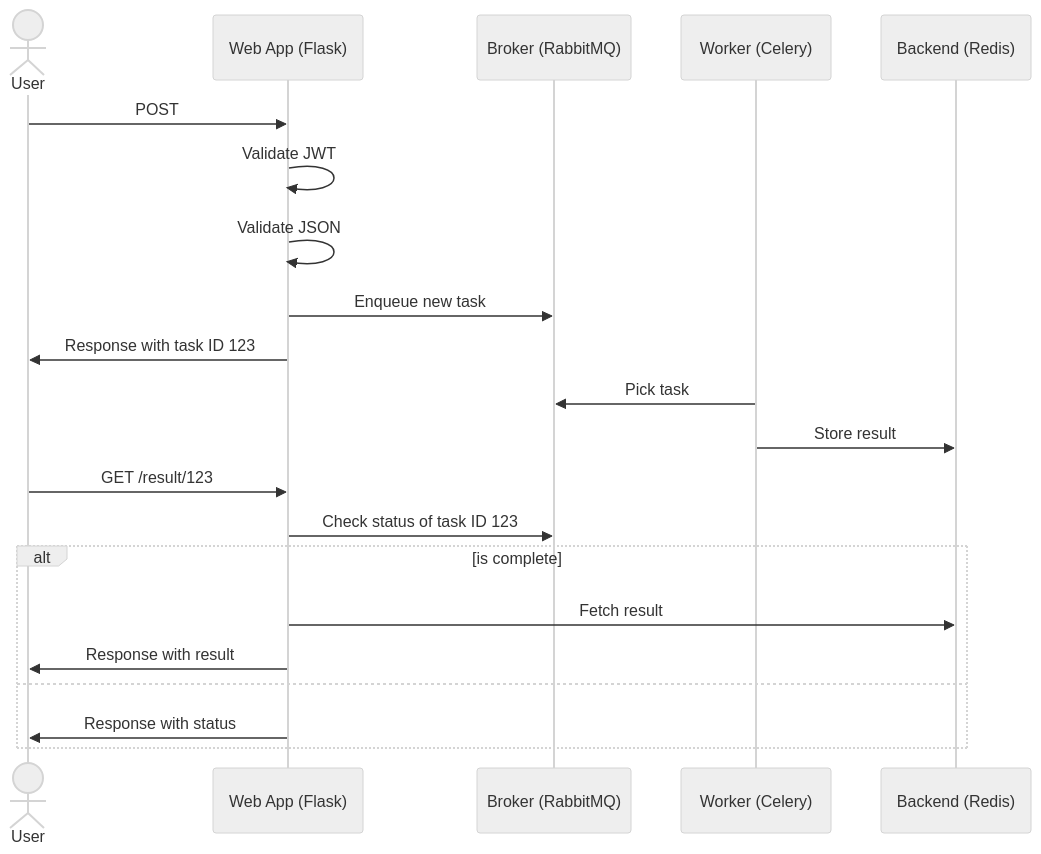
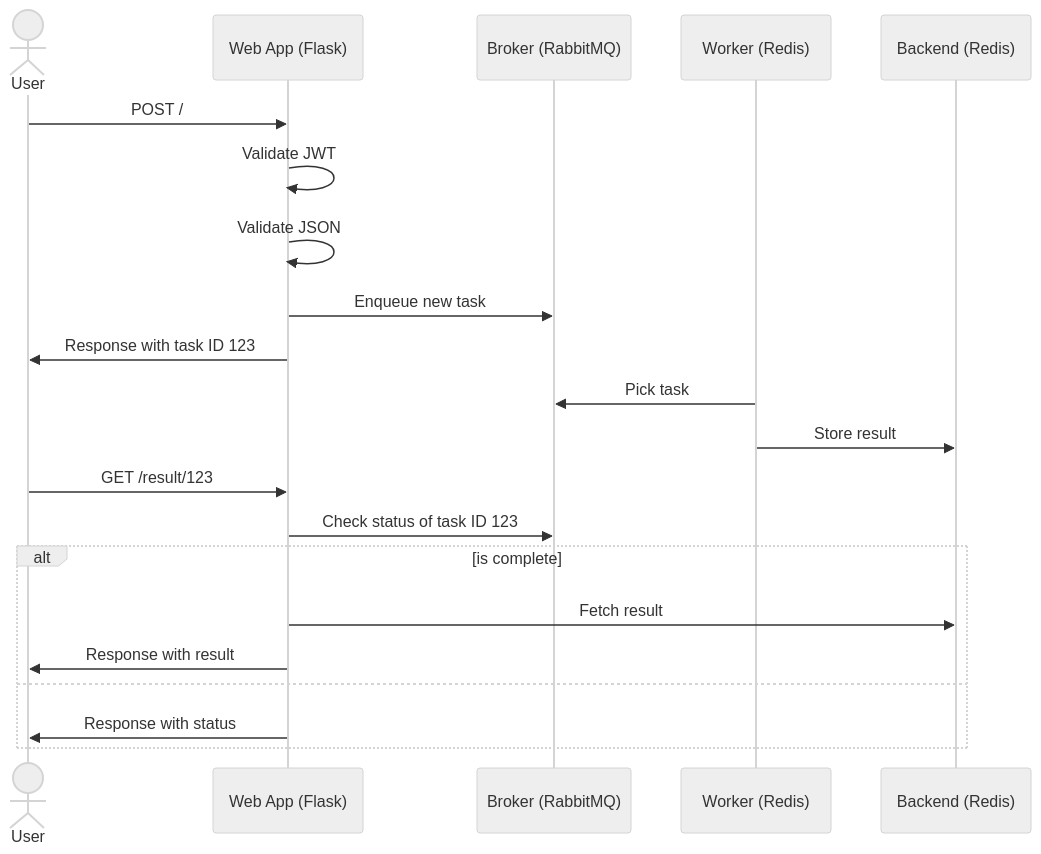
One commit to gesiscss/magdalena changed the diagram in docs/source/index.rst. Above: the diagram before and after it, drawn with Mermaid (neutral theme).

Commit message:
Expand FAQ

```diff
--- a/docs/source/index.rst
+++ b/docs/source/index.rst
@@ -20,24 +20,24 @@
 .. mermaid::
 
    sequenceDiagram
       actor user as User
       participant flask as Web App (Flask)
       participant broker as Broker (RabbitMQ)
-      participant worker as Worker (Celery)
+      participant worker as Worker (Redis)
       participant backend as Backend (Redis)
 
-      user->>flask: POST
+      user->>flask: POST /
       flask->>flask: Validate JWT
       flask->>flask: Validate JSON
       flask->>broker: Enqueue new task
       flask->>user: Response with task ID 123
       worker->>broker: Pick task
       worker->>backend: Store result
       user->>flask: GET /result/123
       flask->>broker: Check status of task ID 123
       alt is complete
          flask->>backend: Fetch result
          flask->>user: Response with result
       else
          flask->>user: Response with status
       end
```
